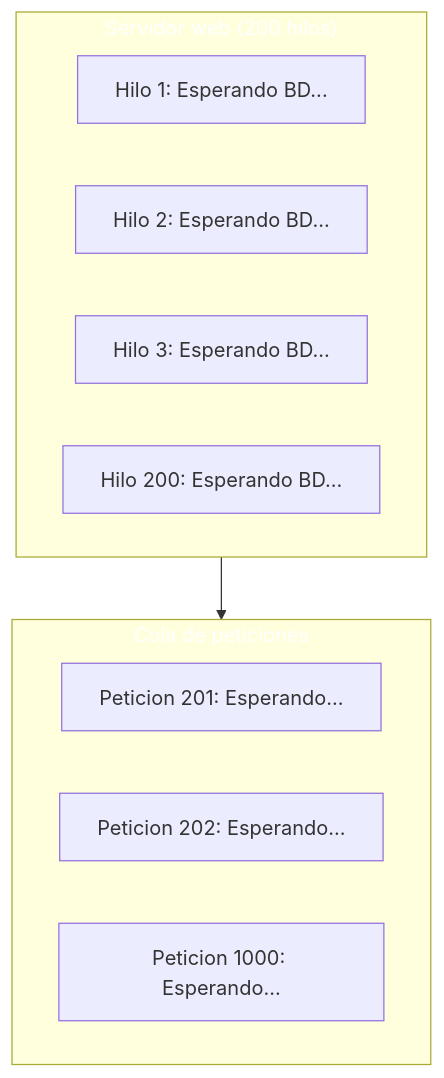
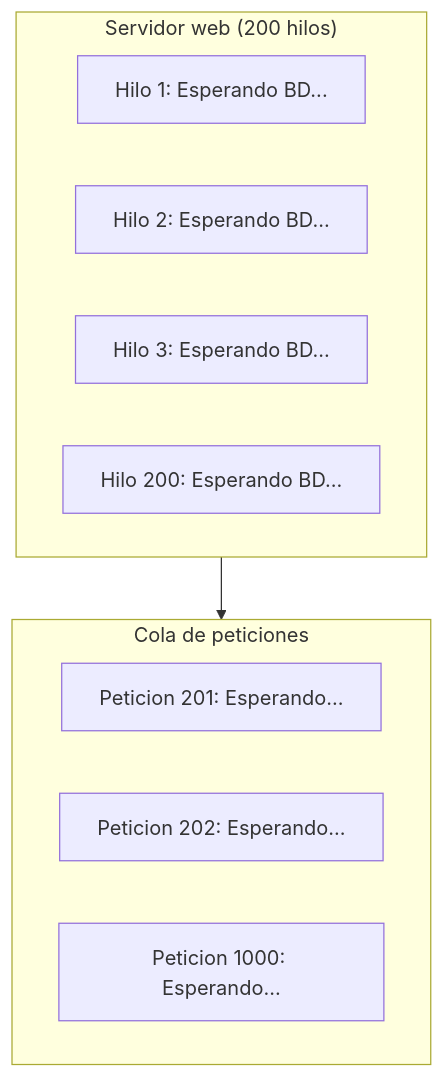
Before and after one commit to joseluisgs/DesarrolloWebEntornosServidor-01-2026-2027: the fifth of 21 diagrams in 16-concurrencia-asincronia.md, drawn with Mermaid. The commit also changed other lines of this file and 15 other files, not shown here.

Commit message:
docs: quitar el relleno a los subgraf de los diagramas y corregir comillas y rayas sueltas

````diff
--- a/16-concurrencia-asincronia.md
+++ b/16-concurrencia-asincronia.md
@@ -288,20 +286,18 @@
 ```mermaid
 graph TD
     subgraph SERVIDOR["Servidor web (200 hilos)"]
         H1["Hilo 1: Esperando BD..."]
         H2["Hilo 2: Esperando BD..."]
         H3["Hilo 3: Esperando BD..."]
         HN["Hilo 200: Esperando BD..."]
     end
     
     subgraph COLA["Cola de peticiones"]
         P1["Peticion 201: Esperando..."]
         P2["Peticion 202: Esperando..."]
         PN["Peticion 1000: Esperando..."]
     end
     
     SERVIDOR --> COLA
     
-    style SERVIDOR fill:#f4433,color:#fff6,color:#fff
-    style COLA fill:#FF980,color:#fff0,color:#fff
 ```
````
